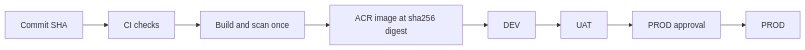
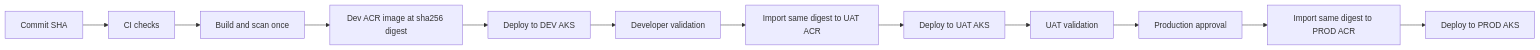
One commit to Nisharunnisa-Shaik/azure-enterprise-devops-platform changed the fourth of 5 diagrams in Azure_DevSecOps_Platform_Assessment.md. Above: the diagram before and after it, drawn with Mermaid. The commit also changed other lines of this file and 6 other files, not shown here.

Commit message:
added prisma scan action, aks deploy action , updated md files to read new actions

````diff
--- a/Azure_DevSecOps_Platform_Assessment.md
+++ b/Azure_DevSecOps_Platform_Assessment.md
@@ -211,10 +227,14 @@
 ```mermaid
 flowchart LR
     A[Commit SHA] --> B[CI checks]
     B --> C[Build and scan once]
-    C --> D[ACR image at sha256 digest]
-    D --> E[DEV]
-    E --> F[UAT]
-    F --> G[PROD approval]
-    G --> H[PROD]
+    C --> D[Dev ACR image at sha256 digest]
+    D --> E[Deploy to DEV AKS]
+    E --> F[Developer validation]
+    F --> G[Import same digest to UAT ACR]
+    G --> H[Deploy to UAT AKS]
+    H --> I[UAT validation]
+    I --> J[Production approval]
+    J --> K[Import same digest to PROD ACR]
+    K --> L[Deploy to PROD AKS]
 ```
````
